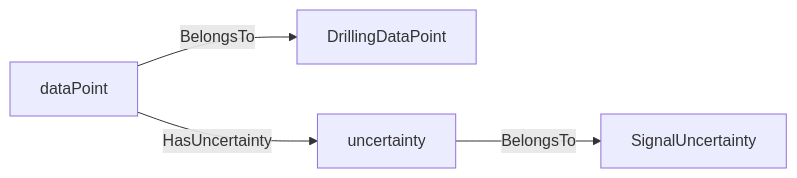
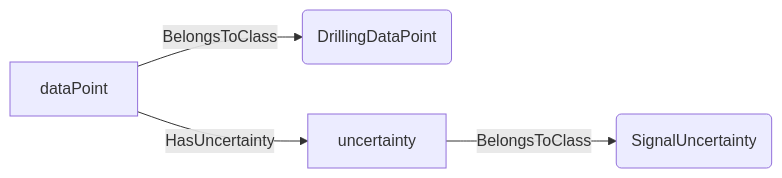
One commit to D-WIS/DDHub-Semantic-Interoperability changed the second of 19 diagrams in docs/vocabulary_development/auto-generated/md/definition-files/Uncertainty.md. Above: the diagram before and after it, drawn with Mermaid. The commit also changed other lines of this file and 10 other files, not shown here.

````diff
--- a/docs/vocabulary_development/auto-generated/md/definition-files/Uncertainty.md
+++ b/docs/vocabulary_development/auto-generated/md/definition-files/Uncertainty.md
@@ -31,6 +31,6 @@
 ```mermaid
 graph LR
-	N0000[dataPoint] -->|BelongsTo| N0001[DrillingDataPoint] 
-	N0002[uncertainty] -->|BelongsTo| N0003[SignalUncertainty] 
+	N0000[dataPoint] -->|BelongsToClass| N0001(DrillingDataPoint) 
+	N0002[uncertainty] -->|BelongsToClass| N0003(SignalUncertainty) 
 	N0000[dataPoint] -->|HasUncertainty| N0002[uncertainty] 
 ```
````
